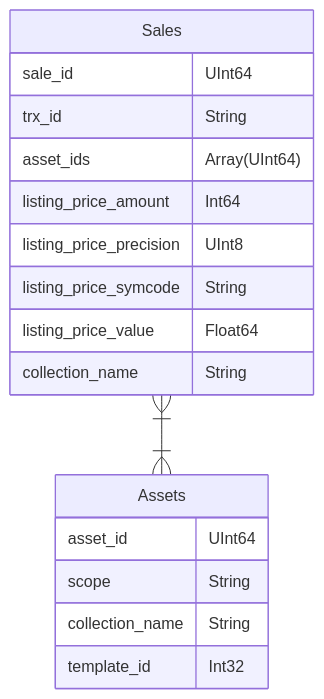
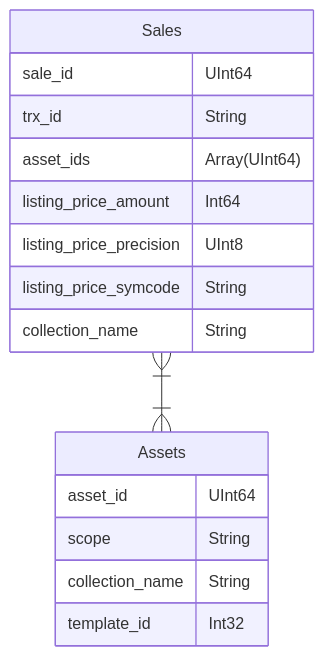
The diagram in README.md (pinax-network/substreams-atomic-api), drawn with Mermaid before and after one commit. The commit also changed other lines of this file and 3 other files, not shown here.

Commit message:
Removed listing_price_value

````diff
--- a/README.md
+++ b/README.md
@@ -64,24 +64,23 @@
 ```mermaid
 erDiagram
     Sales }|--|{ Assets : " "
 
     Sales {
         sale_id     UInt64
         trx_id      String
         asset_ids   Array(UInt64)
         listing_price_amount  Int64
         listing_price_precision  UInt8
         listing_price_symcode    String
-        listing_price_value      Float64
         collection_name String
 
     }
 
     Assets {
         asset_id     UInt64
         scope        String
         collection_name String
         template_id  Int32
 
     }
 ```
````
